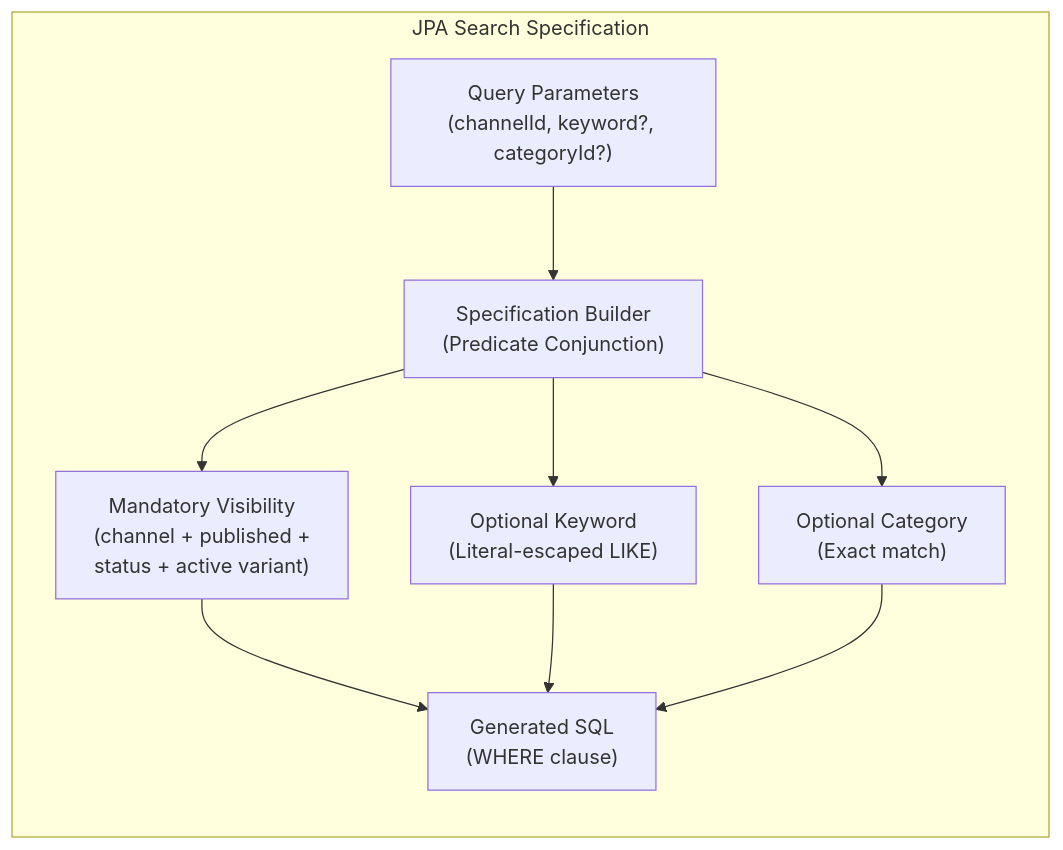
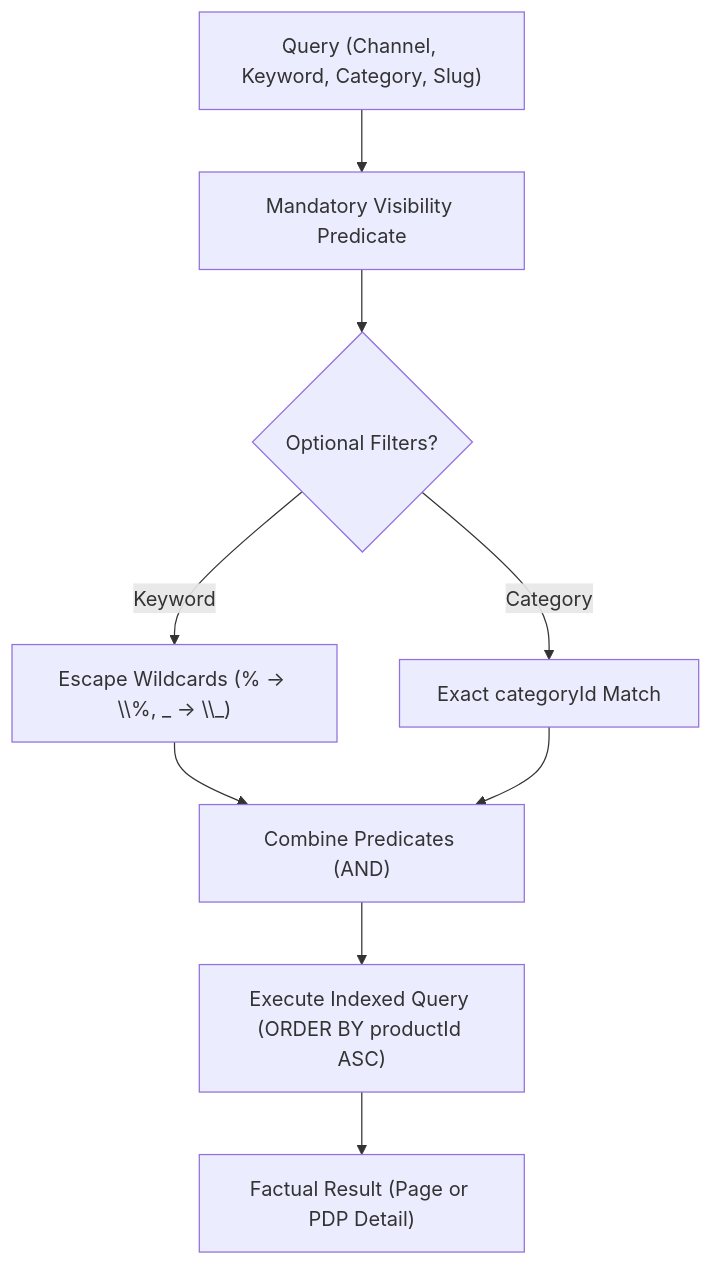
The first of 3 diagrams in docs/spec/system/discovery-search-visibility-tech-spec.md (khinemyaezin/grab), drawn with Mermaid before and after one commit. The commit also changed other lines of this file and 22 other files, not shown here.

````diff
--- a/docs/spec/system/discovery-search-visibility-tech-spec.md
+++ b/docs/spec/system/discovery-search-visibility-tech-spec.md
@@ -46,19 +38,11 @@
 ```mermaid
-flowchart LR
-    subgraph CorePattern ["JPA Search Specification"]
-        Input["Query Parameters\n(channelId, keyword?, categoryId?)"]
-        Spec["Specification Builder\n(Predicate Conjunction)"]
-        Vis["Mandatory Visibility\n(channel + published +\nstatus + active variant)"]
-        Keyword["Optional Keyword\n(Literal-escaped LIKE)"]
-        Category["Optional Category\n(Exact match)"]
-        SQL["Generated SQL\n(WHERE clause)"]
-
-        Input --> Spec
-        Spec --> Vis
-        Spec --> Keyword
-        Spec --> Category
-        Vis --> SQL
-        Keyword --> SQL
-        Category --> SQL
-    end
+flowchart TD
+    Req["Query (Channel, Keyword, Category, Slug)"] --> Mandate["Mandatory Visibility Predicate"]
+    Mandate --> FilterCheck{"Optional Filters?"}
+    FilterCheck -->|Keyword| Escape["Escape Wildcards (% -> \\%, _ -> \\_)"]
+    FilterCheck -->|Category| ExactCat["Exact categoryId Match"]
+    Escape --> Combine["Combine Predicates (AND)"]
+    ExactCat --> Combine
+    Combine --> DBQuery["Execute Indexed Query (ORDER BY productId ASC)"]
+    DBQuery --> Out["Factual Result (Page or PDP Detail)"]
 ```
````
